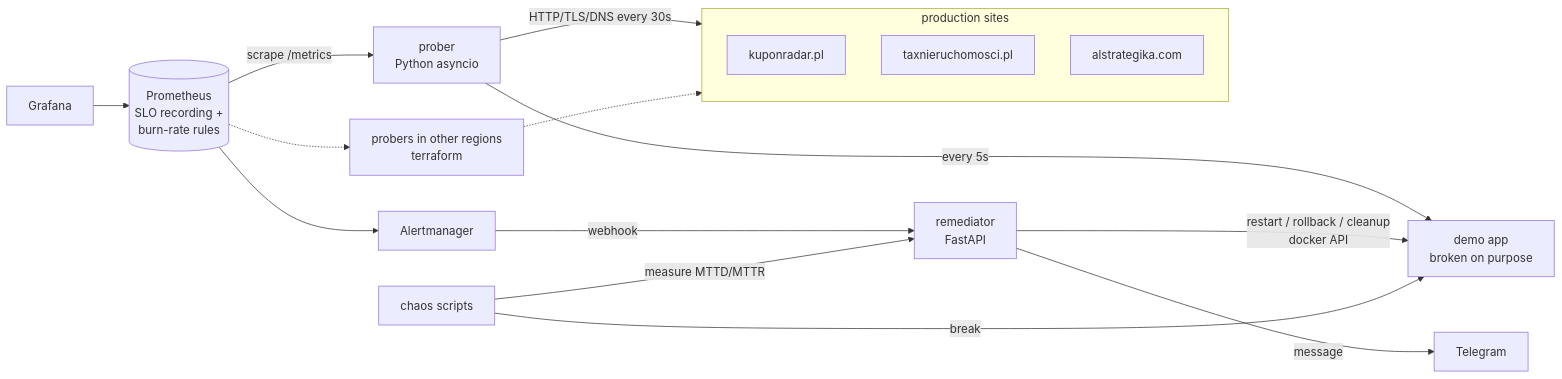
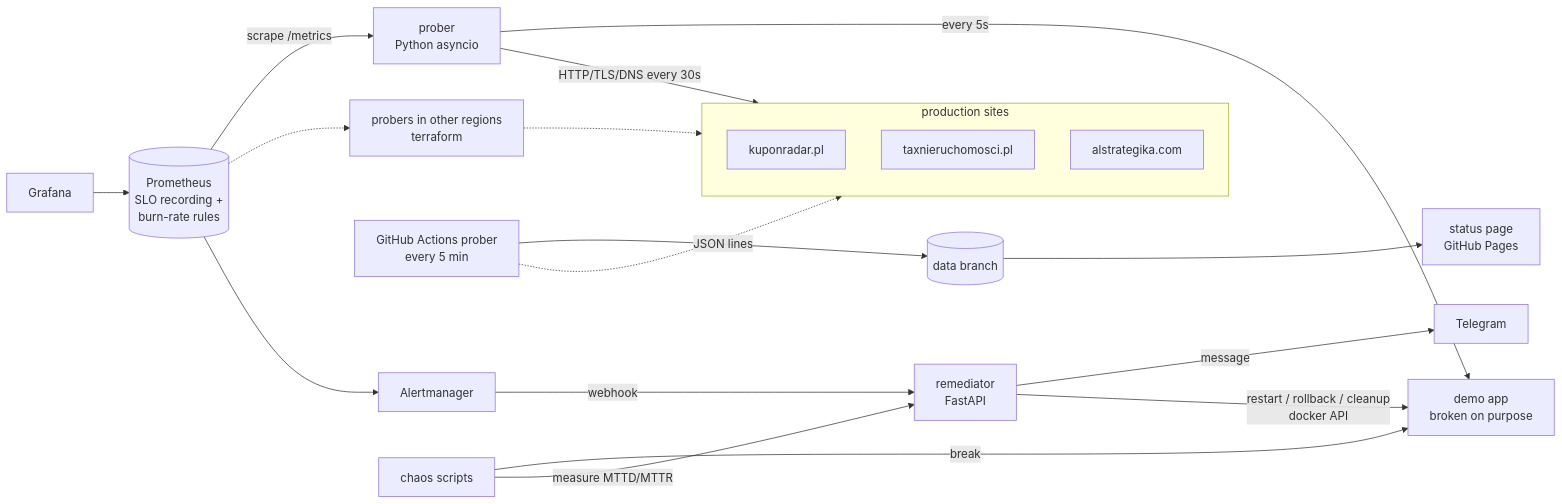
The diagram in README.md (swiadre/sitewatch), drawn with Mermaid before and after one commit. The commit also changed other lines of this file, not shown here.

Commit message:
readme: status page link, badges, updated limitations

````diff
--- a/README.md
+++ b/README.md
@@ -48,24 +53,27 @@
 ```mermaid
 flowchart LR
     subgraph sites[production sites]
         K[kuponradar.pl]
         T[taxnieruchomosci.pl]
         A[alstrategika.com]
     end
 
     D[demo app<br/>broken on purpose]
 
     P[prober<br/>Python asyncio] -->|HTTP/TLS/DNS every 30s| sites
     P -->|every 5s| D
     PR[probers in other regions<br/>terraform] -.-> sites
+    GH[GitHub Actions prober<br/>every 5 min] -->|JSON lines| DB[(data branch)]
+    GH -.-> sites
+    DB --> SP[status page<br/>GitHub Pages]
 
     PROM[(Prometheus<br/>SLO recording +<br/>burn-rate rules)] -->|scrape /metrics| P
     PROM -.-> PR
     PROM --> AM[Alertmanager]
     AM -->|webhook| R[remediator<br/>FastAPI]
     R -->|message| TG[Telegram]
     R -->|restart / rollback / cleanup<br/>docker API| D
     G[Grafana] --> PROM
     C[chaos scripts] -->|break| D
     C -->|measure MTTD/MTTR| R
 ```
````
